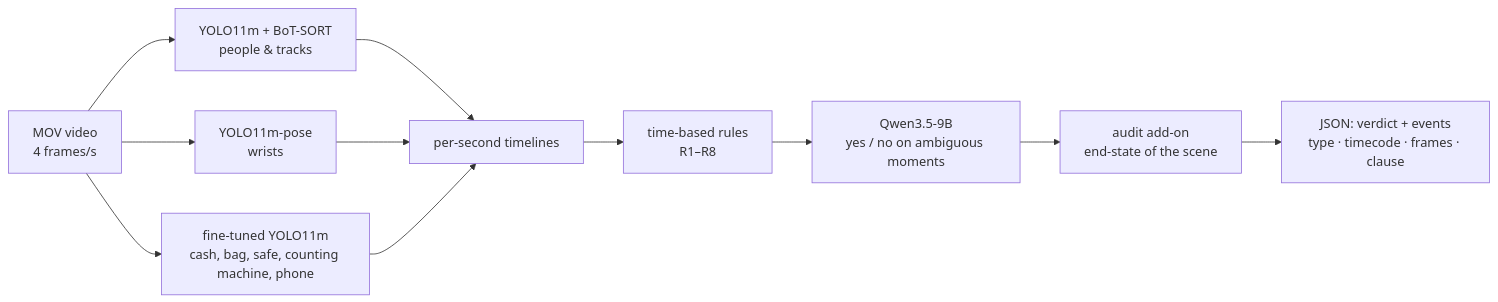
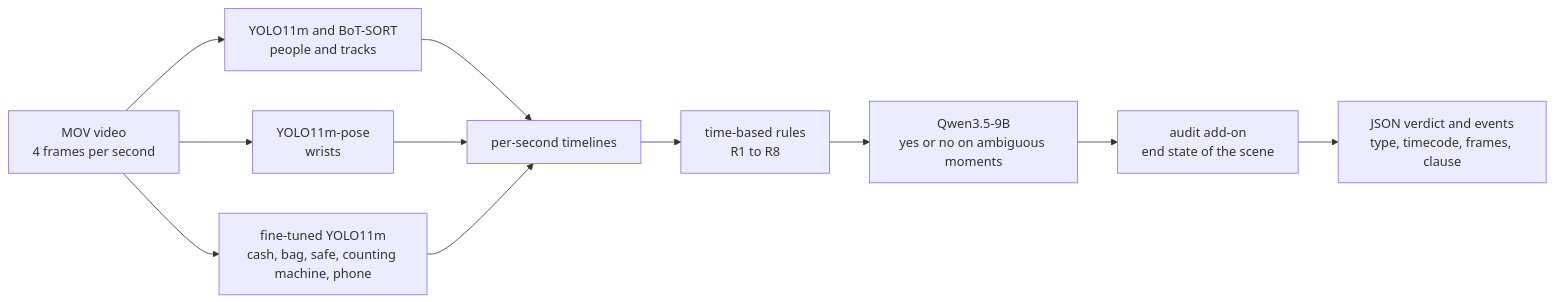
Before and after one commit to Yerzhanuly-Dinmukhammed/fortebank-datathon26-cashguard: the diagram in README.md, drawn with Mermaid.

Commit message:
Fix the architecture diagram so GitHub renders it
Quote Mermaid node labels and drop special characters.

````diff
--- a/README.md
+++ b/README.md
@@ -71,13 +71,13 @@
 ```mermaid
 flowchart LR
-    V[MOV video<br/>4 frames/s] --> P[YOLO11m + BoT-SORT<br/>people & tracks]
-    V --> H[YOLO11m-pose<br/>wrists]
-    V --> D[fine-tuned YOLO11m<br/>cash, bag, safe, counting machine, phone]
-    P --> T[per-second timelines]
+    V["MOV video<br/>4 frames per second"] --> P["YOLO11m and BoT-SORT<br/>people and tracks"]
+    V --> H["YOLO11m-pose<br/>wrists"]
+    V --> D["fine-tuned YOLO11m<br/>cash, bag, safe, counting machine, phone"]
+    P --> T["per-second timelines"]
     H --> T
     D --> T
-    T --> R[time-based rules<br/>R1–R8]
-    R --> Q[Qwen3.5-9B<br/>yes / no on ambiguous moments]
-    Q --> A[audit add-on<br/>end-state of the scene]
-    A --> J[JSON: verdict + events<br/>type · timecode · frames · clause]
+    T --> R["time-based rules<br/>R1 to R8"]
+    R --> Q["Qwen3.5-9B<br/>yes or no on ambiguous moments"]
+    Q --> A["audit add-on<br/>end state of the scene"]
+    A --> J["JSON verdict and events<br/>type, timecode, frames, clause"]
 ```
````
